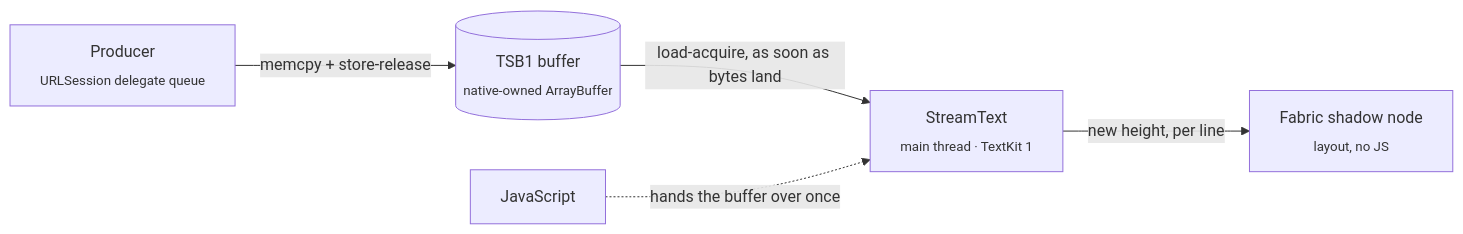
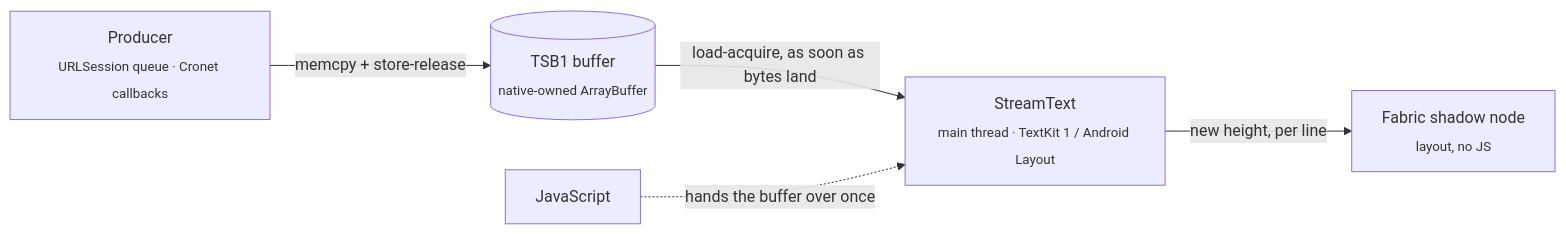
One commit to pioner92/react-native-text-stream changed the diagram in README.md. Above: the diagram before and after it, drawn with Mermaid. The commit also changed other lines of this file and 5 other files, not shown here.

````diff
--- a/README.md
+++ b/README.md
@@ -283,7 +287,7 @@
 ```mermaid
 flowchart LR
-    P["Producer<br/><sub>URLSession delegate queue</sub>"] -- "memcpy + store-release" --> B[("TSB1 buffer<br/><sub>native-owned ArrayBuffer</sub>")]
-    B -- "load-acquire, as soon as bytes land" --> R["StreamText<br/><sub>main thread · TextKit 1</sub>"]
+    P["Producer<br/><sub>URLSession queue · Cronet callbacks</sub>"] -- "memcpy + store-release" --> B[("TSB1 buffer<br/><sub>native-owned ArrayBuffer</sub>")]
+    B -- "load-acquire, as soon as bytes land" --> R["StreamText<br/><sub>main thread · TextKit 1 / Android Layout</sub>"]
     R -- "new height, per line" --> S["Fabric shadow node<br/><sub>layout, no JS</sub>"]
     J["JavaScript"] -. "hands the buffer over once" .-> R
 ```
````
